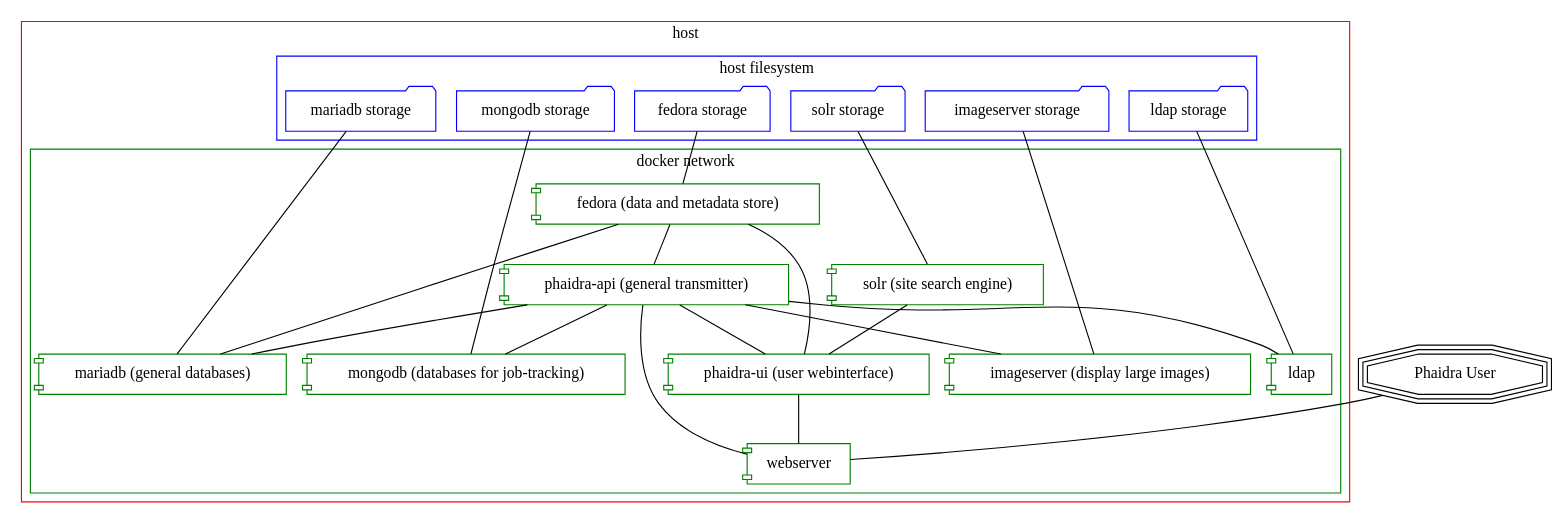
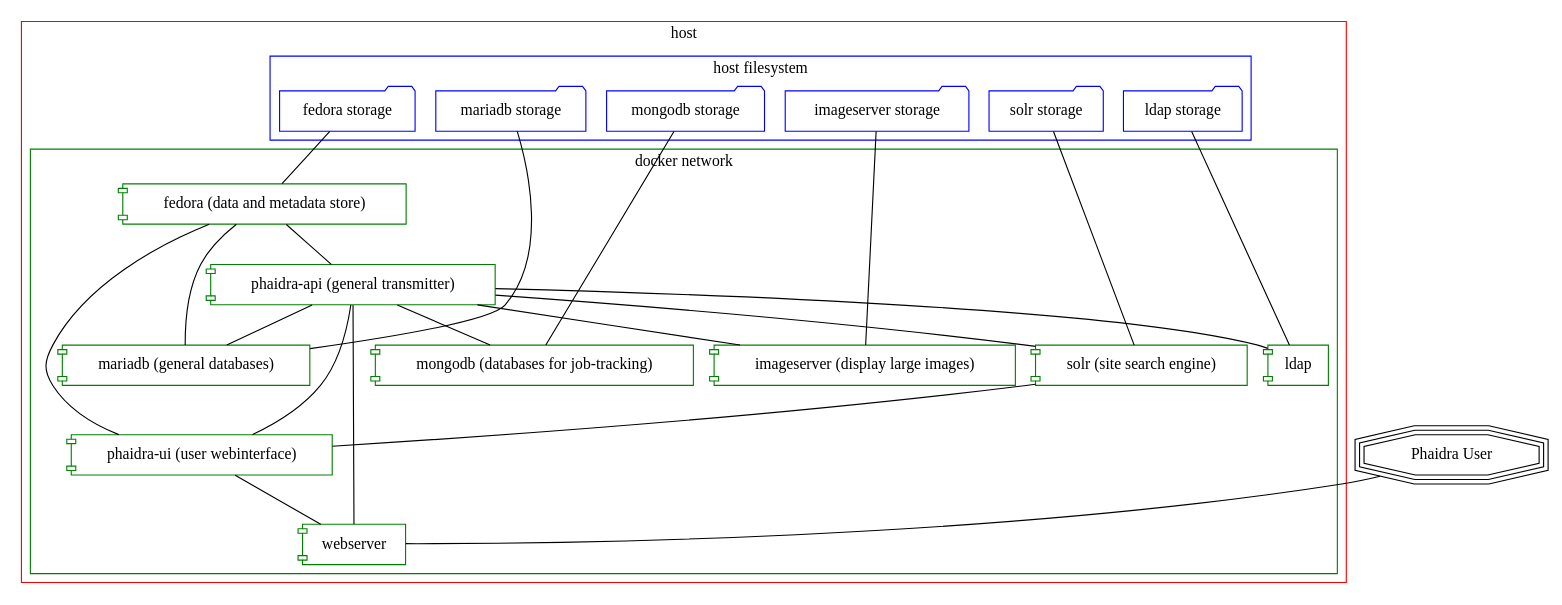
The diagram in README.org (phaidra/phaidra), drawn with Graphviz before and after one commit. The commit also changed 1 other file, not shown here.

Commit message:
update graphics.

```diff
--- a/README.org
+++ b/README.org
@@ -14,59 +14,60 @@
   #+begin_src dot :file "./images/construction.svg" :exports results
     graph G {
         subgraph cluster_host {
             label = "host";
             color = red;
             subgraph cluster_host_storage {
                 label = "host filesystem";
                 node [shape = folder, style = solid, color = blue]
                 color = blue;
                 a1 [label="fedora storage"];
                 a2 [label="mariadb storage"];
                 a3 [label="mongodb storage"];
                 a4 [label="imageserver storage"];
                 a5 [label="solr storage"];
                 a6 [label="ldap storage"];
             }
             subgraph cluster_docker_network_host {
                 label="docker network";
                 node [shape = component, style = solid, color = green]
                 color = green;
                 b1 [label="fedora (data and metadata store)"];
                 b2 [label="phaidra-api (general transmitter)"];
                 b3 [label="mariadb (general databases)"];
                 b4 [label="mongodb (databases for job-tracking)"];
                 b5 [label="phaidra-ui (user webinterface)"];
                 b6 [label="ldap"];
                 b7 [label="solr (site search engine)"];
                 b8 [label="imageserver (display large images)"];
                 b9 [label="webserver"];
             }}
 
         subgraph outside_world {
             label="outside world";
             node [shape = tripleoctagon, style = solid]
             c1 [label="Phaidra User"]
             }
 
             b1 -- b2;
             b2 -- b3;
             b2 -- b4;
             b2 -- b5;
             b2 -- b6;
             b7 -- b5;
             b2 -- b9;
             b5 -- b9;
             b5 -- b1;
             b1 -- b3;
             b2 -- b8;
+            b2 -- b7;
 
             a1 -- b1;
             a2 -- b3;
             a3 -- b4;
             a4 -- b8;
             a5 -- b7;
             a6 -- b6;
 
             c1 -- b9;
     }
   #+end_src
```
